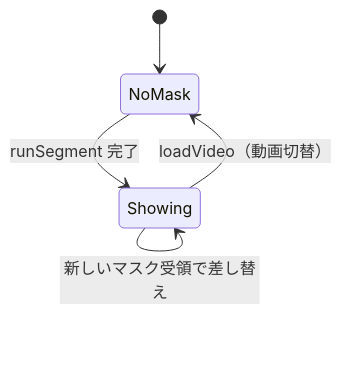
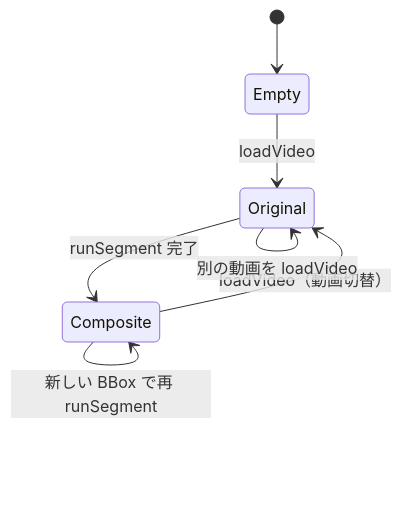
One commit to kanosawa/omnimatte-editor changed the third of 4 diagrams in docs/spec/09-state-transitions.md. Above: the diagram before and after it, drawn with Mermaid. The commit also changed other lines of this file and 10 other files, not shown here.

````diff
--- a/docs/spec/09-state-transitions.md
+++ b/docs/spec/09-state-transitions.md
@@ -157,7 +158,9 @@
 ```mermaid
 stateDiagram-v2
-    [*] --> NoMask
-    NoMask --> Showing: runSegment 完了
-    Showing --> NoMask: loadVideo（動画切替）
-    Showing --> Showing: 新しいマスク受領で差し替え
+    [*] --> Empty
+    Empty --> Original: loadVideo
+    Original --> Composite: runSegment 完了
+    Composite --> Original: loadVideo（動画切替）
+    Composite --> Composite: 新しい BBox で再 runSegment
+    Original --> Original: 別の動画を loadVideo
 ```
````
